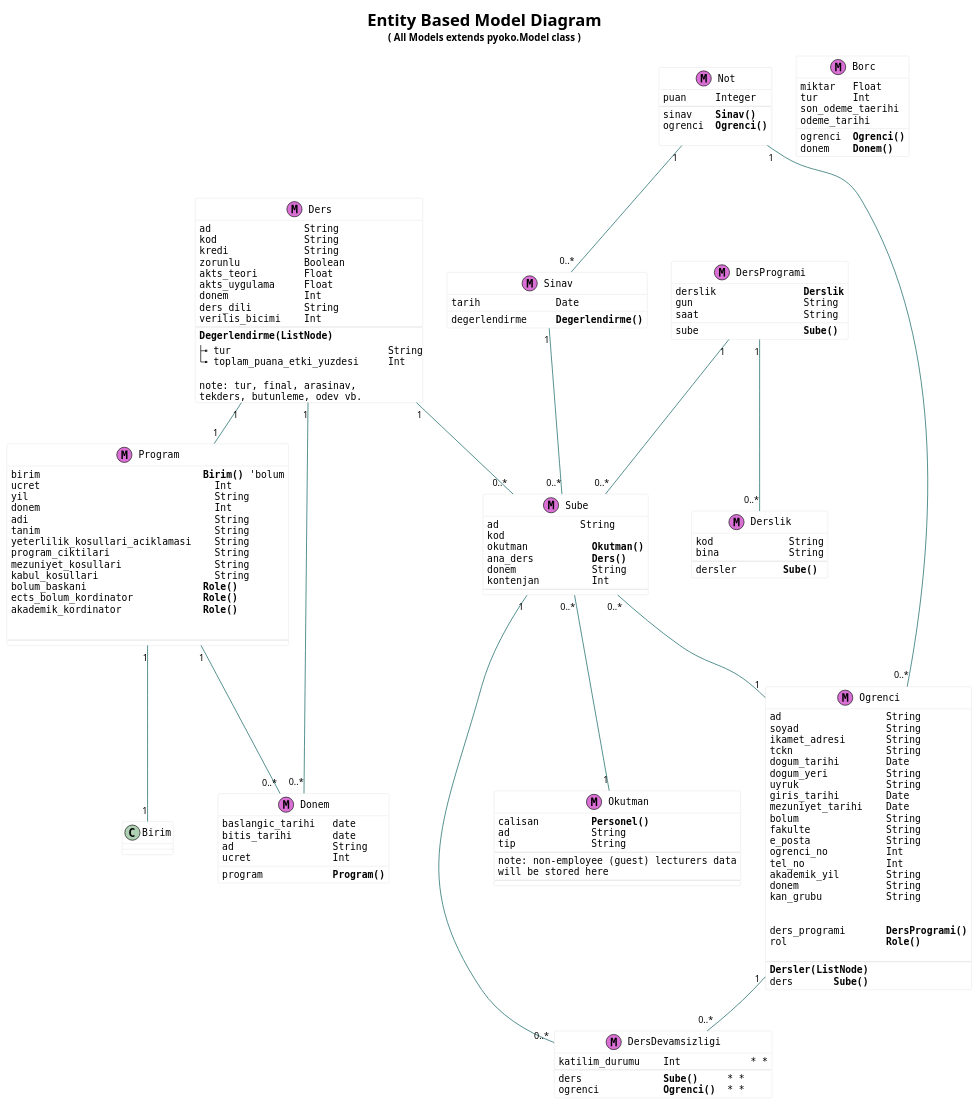
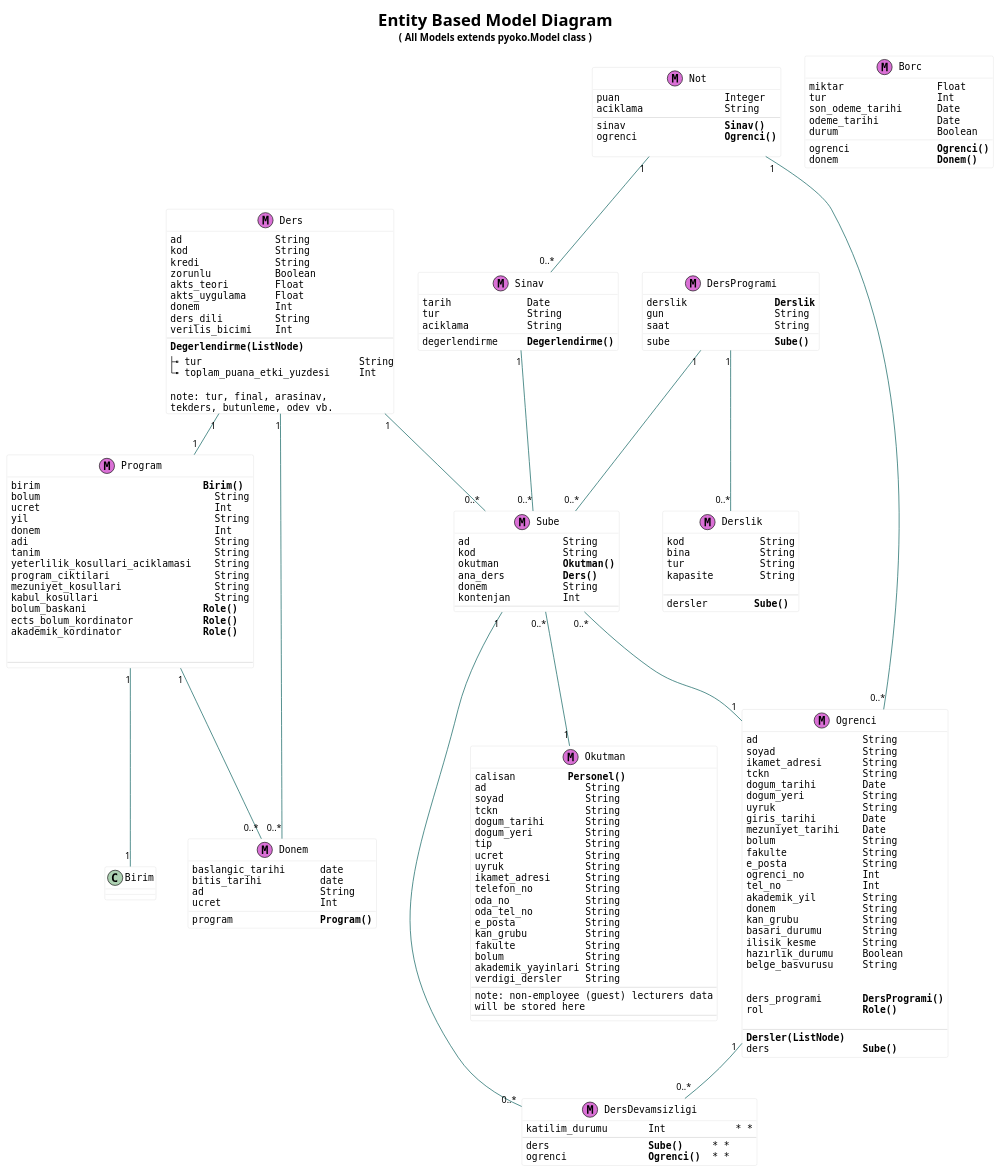
Before and after one commit to zetaops/ulakbus.org: the diagram in source/diagrams/student-models.puml, drawn with PlantUML.

Commit message:
student model attributes added

```diff
--- a/source/diagrams/student-models.puml
+++ b/source/diagrams/student-models.puml
@@ -24,8 +24,24 @@
 
 class Okutman<<(M,orchid)>>{
 calisan         **Personel()**
-ad              String
-tip             String
+ad                 String
+soyad              String
+tckn               String
+dogum_tarihi       String
+dogum_yeri         String
+tip                String
+ucret              String
+uyruk              String
+ikamet_adresi      String
+telefon_no         String
+oda_no             String
+oda_tel_no         String
+e_posta            String
+kan_grubu          String
+fakulte            String
+bolum              String
+akademik_yayinlari String
+verdigi_dersler    String
 --
 note: non-employee (guest) lecturers data
 will be stored here
@@ -33,7 +49,8 @@
 }
 
 class Program<<(M,orchid)>>{
-birim                            **Birim()** 'bolum
+birim                            **Birim()**
+bolum                              String
 ucret                              Int
 yil                                String
 donem                              Int
@@ -53,13 +70,16 @@
 class Derslik<<(M,orchid)>>{
 kod             String
 bina            String
+tur             String
+kapasite        String
+
 --
 dersler        **Sube()**
 }
 
 class Sube<<(M,orchid)>>{
-ad              String
-kod
+ad                String
+kod               String
 okutman           **Okutman()**
 ana_ders          **Ders()**
 donem             String
@@ -89,6 +109,8 @@
 
 class Sinav <<(M,orchid)>> {
 tarih             Date
+tur               String
+aciklama          String
 degerlendirme     **Degerlendirme()**
 }
 
@@ -111,6 +133,10 @@
 akademik_yil        String
 donem               String
 kan_grubu           String
+basari_durumu       String
+ilisik_kesme        String
+hazırlık_durumu     Boolean
+belge_basvurusu     String
 
 
 ders_programi       **DersProgrami()**
@@ -118,7 +144,7 @@
 
 --
 **Dersler(ListNode)**
-ders       **Sube()**
+ders                **Sube()**
 }
 
 class DersProgrami<<(M,orchid)>> {
@@ -130,36 +156,37 @@
 
 
 class DersDevamsizligi <<(M,orchid)>> {
-katilim_durumu    Int            * *
+katilim_durumu       Int            * *
 --
-ders              **Sube()**     * *
-ogrenci           **Ogrenci()**  * *
+ders                 **Sube()**     * *
+ogrenci              **Ogrenci()**  * *
 }
 
 class Borc <<(M,orchid)>> {
-miktar   Float
-tur      Int
-ogrenci  **Ogrenci()**
-donem    **Donem()**
-son_odeme_taerihi
-odeme_tarihi
+miktar                Float
+tur                   Int
+ogrenci               **Ogrenci()**
+donem                 **Donem()**
+son_odeme_tarihi      Date
+odeme_tarihi          Date
+durum                 Boolean
 }
 
-
 class Not <<(M,orchid)>> {
-puan     Integer
+puan                  Integer
+aciklama              String
 --
-sinav    **Sinav()**
-ogrenci  **Ogrenci()**
+sinav                 **Sinav()**
+ogrenci               **Ogrenci()**
 
 }
 
 class Donem <<(M,orchid)>> {
-baslangic_tarihi   date
-bitis_tarihi       date
-ad                 String
-ucret              Int
-program            **Program()**
+baslangic_tarihi      date
+bitis_tarihi          date
+ad                    String
+ucret                 Int
+program               **Program()**
 }
 
 
```
